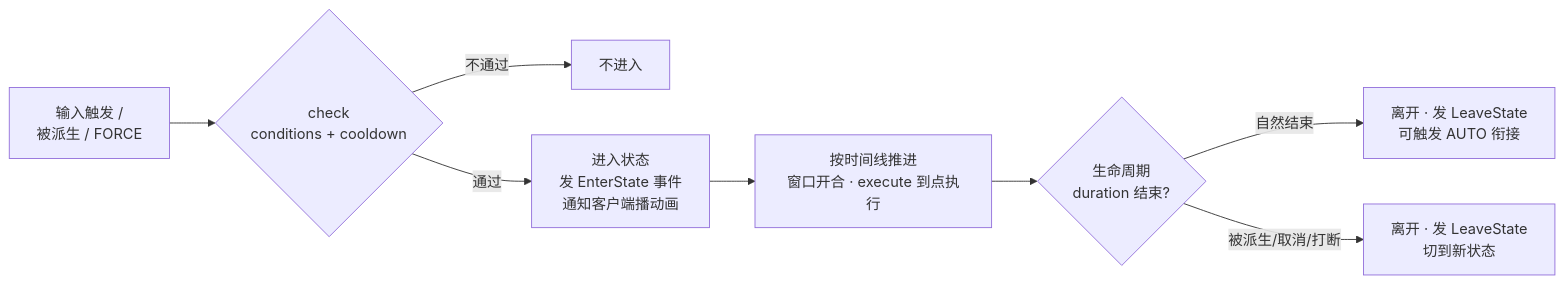
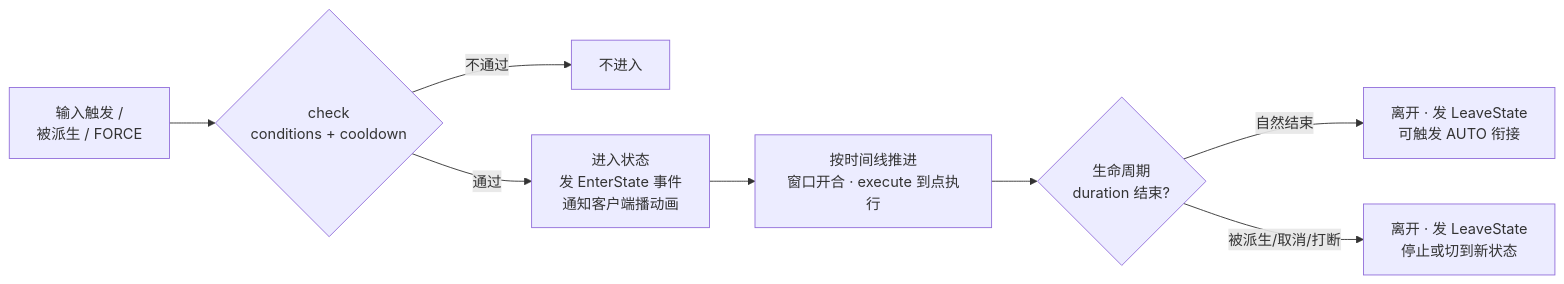
The fourth of 4 diagrams in content/docs/chronos/7_controller.mdx (17Artist/ArcartX-Wiki), drawn with Mermaid before and after one commit. The commit also changed other lines of this file and 23 other files, not shown here.

````diff
--- a/content/docs/chronos/7_controller.mdx
+++ b/content/docs/chronos/7_controller.mdx
@@ -384,10 +391,10 @@
 ```mermaid
 flowchart LR
     A["输入触发 /<br/>被派生 / FORCE"] --> B{"check<br/>conditions + cooldown"}
     B -->|不通过| X["不进入"]
     B -->|通过| C["进入状态<br/>发 EnterState 事件<br/>通知客户端播动画"]
     C --> D["按时间线推进<br/>窗口开合 · execute 到点执行"]
     D --> E{"生命周期<br/>duration 结束?"}
     E -->|自然结束| F["离开 · 发 LeaveState<br/>可触发 AUTO 衔接"]
-    E -->|被派生/取消/打断| G["离开 · 发 LeaveState<br/>切到新状态"]
+    E -->|被派生/取消/打断| G["离开 · 发 LeaveState<br/>停止或切到新状态"]
 ```
````
